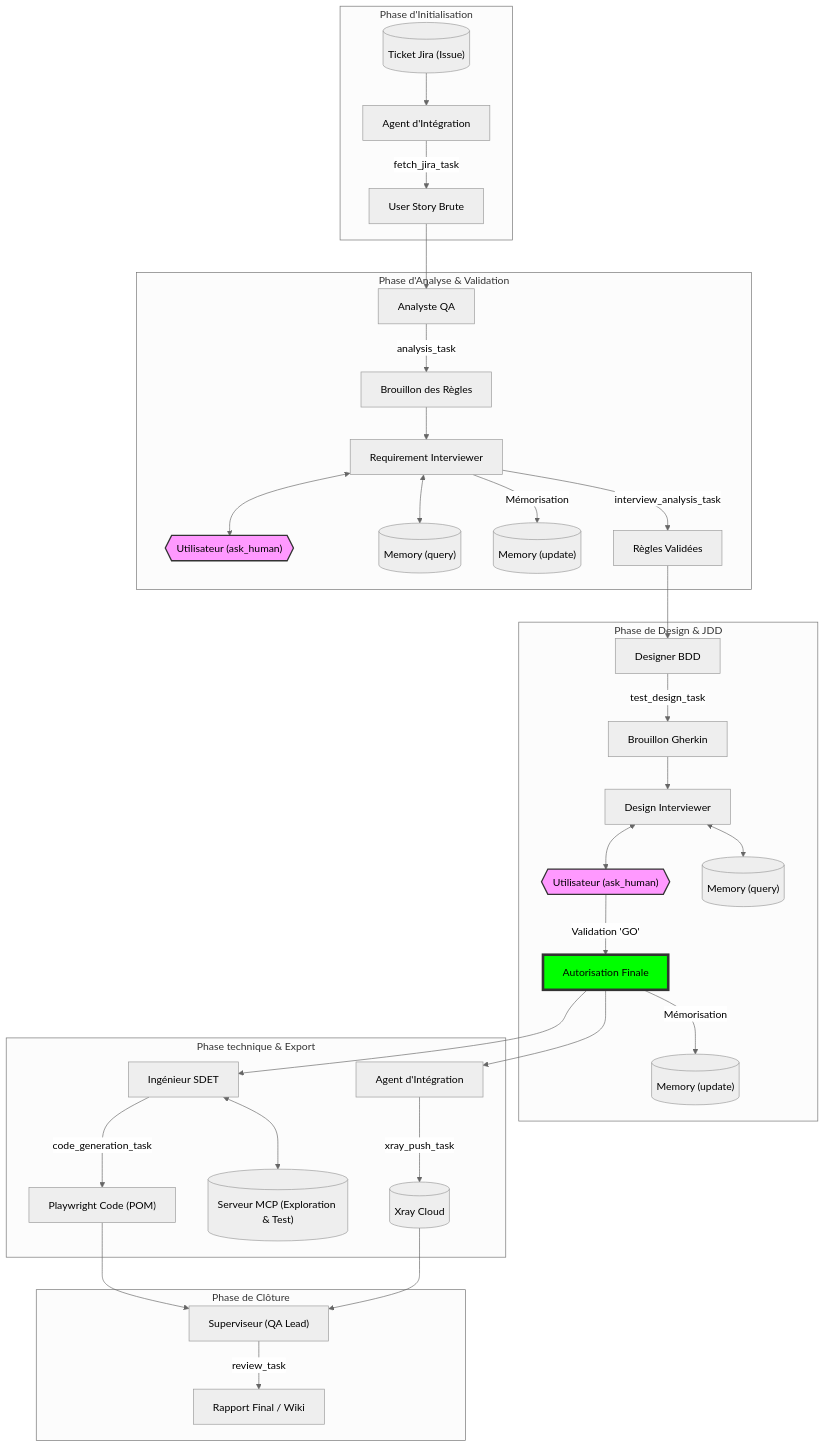
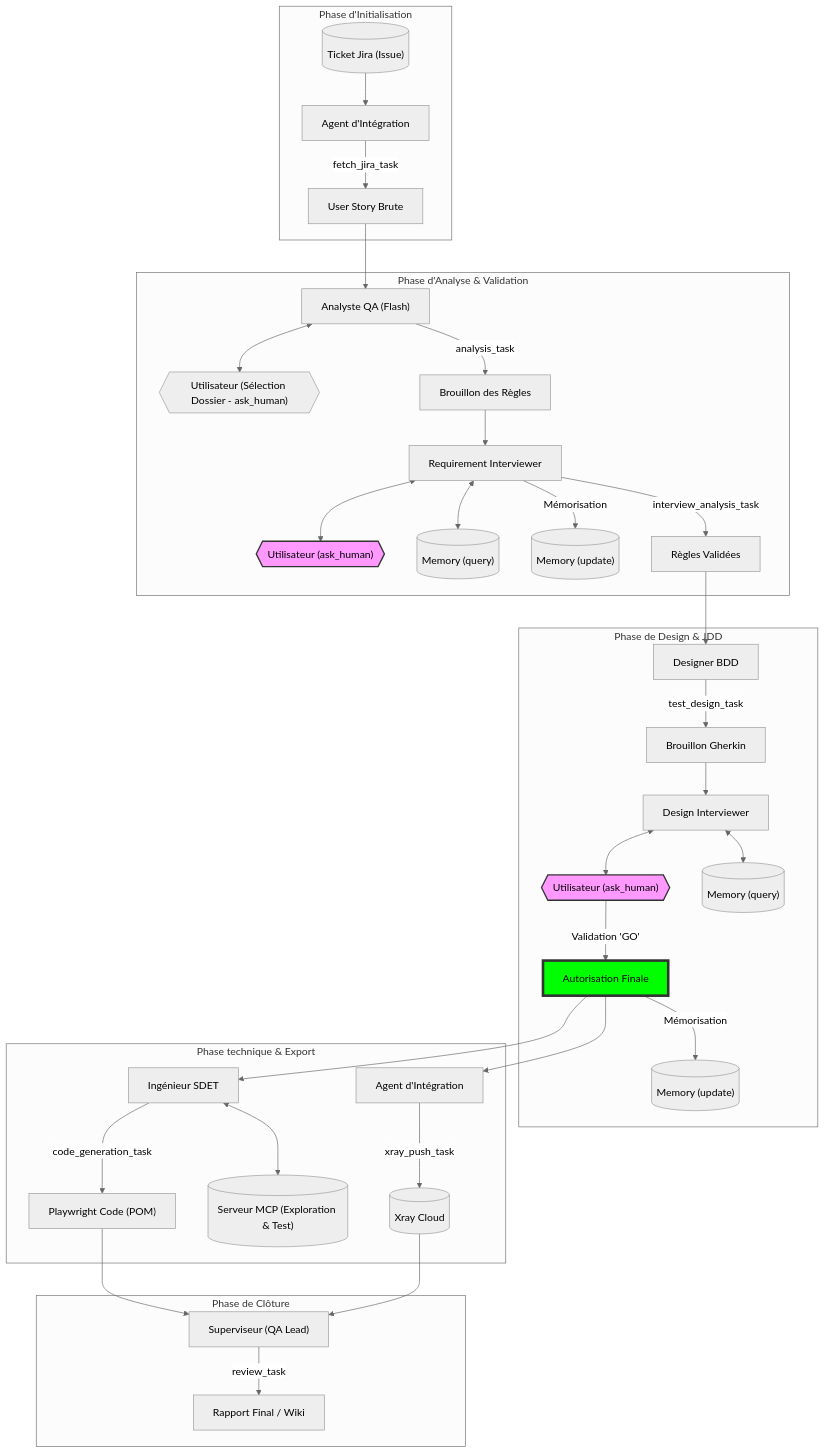
One commit to lajmiGit/QA changed the diagram in wiki/12_workflow_schema.md. Above: the diagram before and after it, drawn with Mermaid (neutral theme). The commit also changed 85 other files, not shown here.

````diff
--- a/wiki/12_workflow_schema.md
+++ b/wiki/12_workflow_schema.md
@@ -5,50 +5,51 @@
 ```mermaid
 graph TD
     subgraph "Phase d'Initialisation"
         Jira[("Ticket Jira (Issue)")] --> IntAgent["Agent d'Intégration"]
         IntAgent -- "fetch_jira_task" --> US_Brute["User Story Brute"]
     end
 
     subgraph "Phase d'Analyse & Validation"
-        US_Brute --> Analyst["Analyste QA"]
+        US_Brute --> Analyst["Analyste QA (Flash)"]
+        Analyst <--> User_Res{{"Utilisateur (Sélection Dossier - ask_human)"}}
         Analyst -- "analysis_task" --> Draft_Rules["Brouillon des Règles"]
         Draft_Rules --> ReqInter["Requirement Interviewer"]
         
         ReqInter <--> User_V1{{"Utilisateur (ask_human)"}}
         ReqInter <--> KB_Q1[("Memory (query)")]
         ReqInter -- "Mémorisation" --> KB_U1[("Memory (update)")]
         
         ReqInter -- "interview_analysis_task" --> Valid_Rules["Règles Validées"]
     end
 
     subgraph "Phase de Design & JDD"
         Valid_Rules --> Designer["Designer BDD"]
         Designer -- "test_design_task" --> Draft_Gherkin["Brouillon Gherkin"]
         
         Draft_Gherkin --> DesInter["Design Interviewer"]
         
         DesInter <--> User_V2{{"Utilisateur (ask_human)"}}
         DesInter <--> KB_Q2[("Memory (query)")]
         
         User_V2 -- "Validation 'GO'" --> Final_Auth["Autorisation Finale"]
         Final_Auth -- "Mémorisation" --> KB_U2[("Memory (update)")]
     end
 
     subgraph "Phase technique & Export"
         Final_Auth --> IntAgent2["Agent d'Intégration"]
         IntAgent2 -- "xray_push_task" --> Xray[("Xray Cloud")]
         
         Final_Auth --> SDET["Ingénieur SDET"]
         SDET <--> MCP[("Serveur MCP (Exploration & Test)")]
         SDET -- "code_generation_task" --> Code["Playwright Code (POM)"]
     end
 
     subgraph "Phase de Clôture"
         Code & Xray --> Supervisor["Superviseur (QA Lead)"]
         Supervisor -- "review_task" --> Final_Report["Rapport Final / Wiki"]
     end
 
     style User_V1 fill:#f9f,stroke:#333,stroke-width:2px
     style User_V2 fill:#f9f,stroke:#333,stroke-width:2px
     style Final_Auth fill:#0f0,stroke:#333,stroke-width:4px
 ```
````
